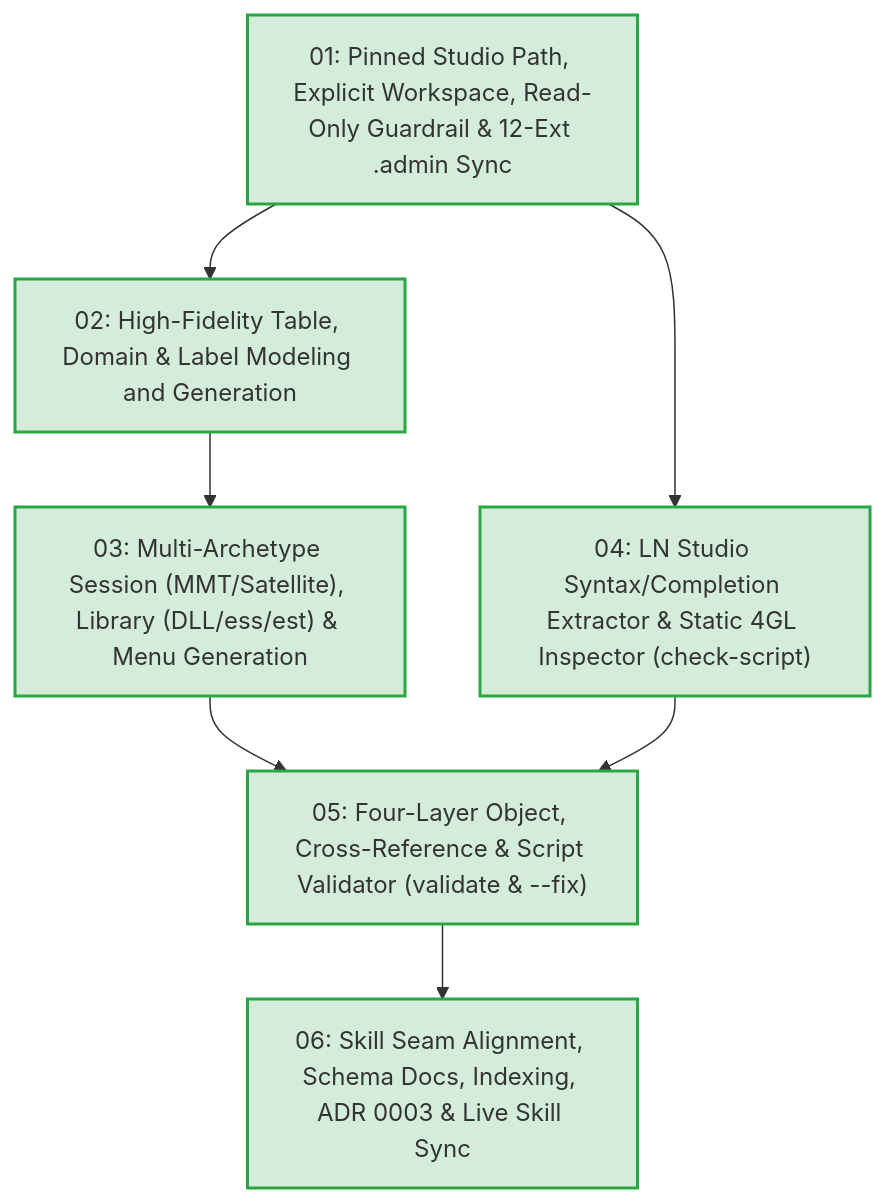
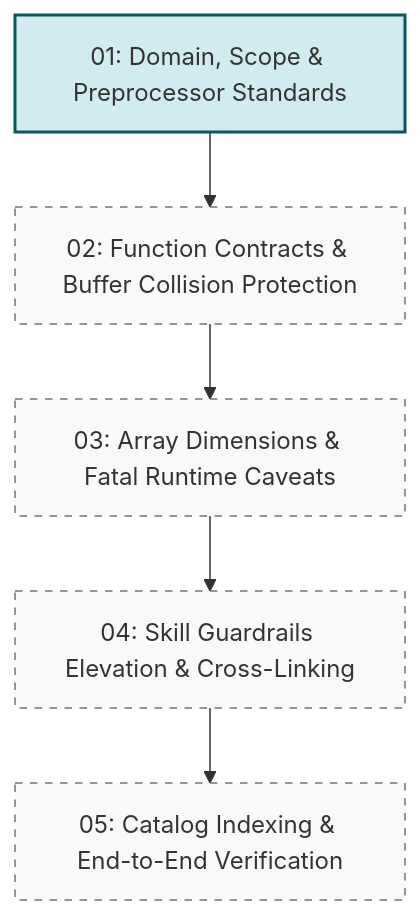
The diagram in Tickets.md (VerginEvil/Skill_LN), drawn with Mermaid before and after one commit. The commit also changed other lines of this file and 1 other file, not shown here.

Commit message:
plan todate skill erp_ln

````diff
--- a/Tickets.md
+++ b/Tickets.md
@@ -15,20 +17,20 @@
 ```mermaid
 flowchart TD
-    T01["01: Pinned Studio Path, Explicit Workspace, Read-Only Guardrail & 12-Ext .admin Sync"]
-    T02["02: High-Fidelity Table, Domain & Label Modeling and Generation"]
-    T03["03: Multi-Archetype Session (MMT/Satellite), Library (DLL/ess/est) & Menu Generation"]
-    T04["04: LN Studio Syntax/Completion Extractor & Static 4GL Inspector (check-script)"]
-    T05["05: Four-Layer Object, Cross-Reference & Script Validator (validate & --fix)"]
-    T06["06: Skill Seam Alignment, Schema Docs, Indexing, ADR 0003 & Live Skill Sync"]
+    T01["01: Domain, Scope & Preprocessor Standards"]
+    T02["02: Function Contracts & Buffer Collision Protection"]
+    T03["03: Array Dimensions & Fatal Runtime Caveats"]
+    T04["04: Skill Guardrails Elevation & Cross-Linking"]
+    T05["05: Catalog Indexing & End-to-End Verification"]
 
     T01 --> T02
     T02 --> T03
-    T01 --> T04
-    T03 --> T05
+    T03 --> T04
     T04 --> T05
-    T05 --> T06
 
+    classDef ready fill:#d1ecf1,stroke:#0c5460,stroke-width:2px;
+    classDef blocked fill:#f8f9fa,stroke:#6c757d,stroke-dasharray: 5 5;
     classDef done fill:#d4edda,stroke:#28a745,stroke-width:2px;
 
-    class T01,T02,T03,T04,T05,T06 done;
+    class T01 ready;
+    class T02,T03,T04,T05 blocked;
 ```
````
